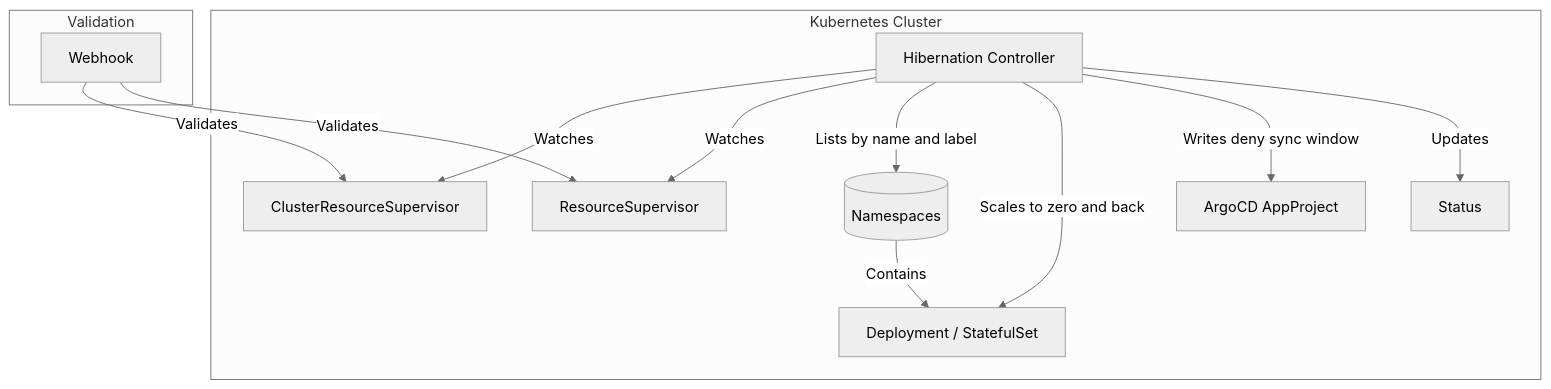
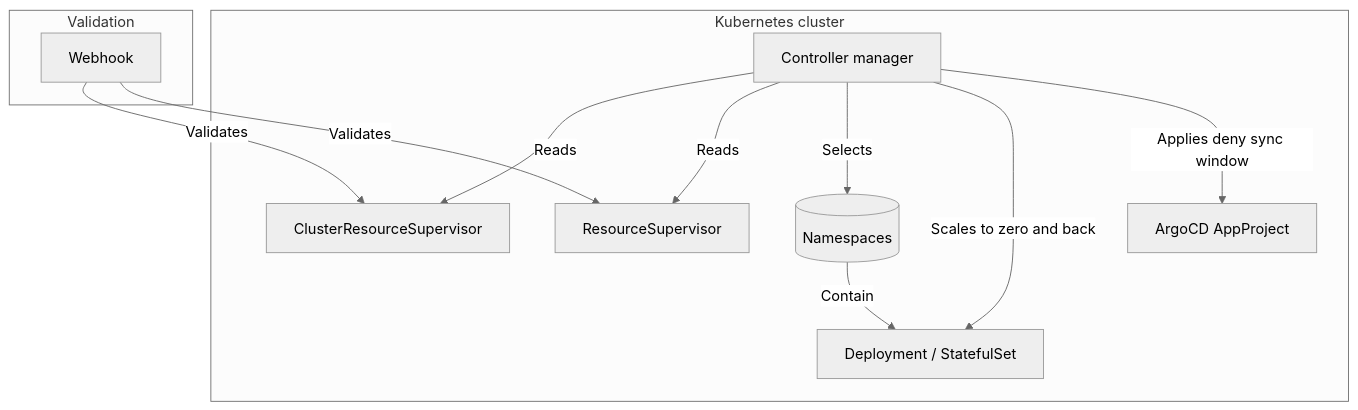
Before and after one commit to stakater/hibernation-operator-docs: the diagram in content/concepts/architecture.md, drawn with Mermaid (neutral theme). The commit also changed other lines of this file and 6 other files, not shown here.

First line of the commit message:
docs: simplify the overview and architecture, drop the concepts page

````diff
--- a/content/concepts/architecture.md
+++ b/content/concepts/architecture.md
@@ -25,18 +12,16 @@
 ```mermaid
 graph TD
-    subgraph "Kubernetes Cluster"
-        A[Hibernation Controller] -->|Watches| B[ClusterResourceSupervisor]
-        A -->|Watches| C[ResourceSupervisor]
-        A -->|Lists by name and label| E[(Namespaces)]
+    subgraph "Kubernetes cluster"
+        A[Controller manager] -->|Reads| B[ClusterResourceSupervisor]
+        A -->|Reads| C[ResourceSupervisor]
+        A -->|Selects| E[(Namespaces)]
         A -->|Scales to zero and back| F[Deployment / StatefulSet]
-        A -->|Writes deny sync window| D[ArgoCD AppProject]
-        A -->|Updates| G[Status]
-
-        E -->|Contains| F
+        A -->|Applies deny sync window| D[ArgoCD AppProject]
+        E -->|Contain| F
     end
 
     subgraph "Validation"
         L[Webhook] -->|Validates| B
         L -->|Validates| C
     end
 ```
````
